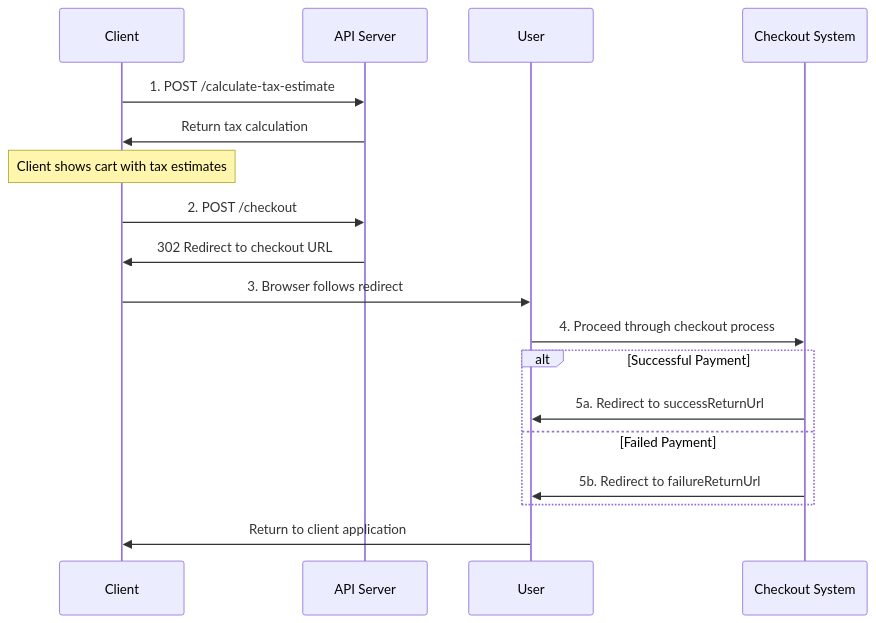
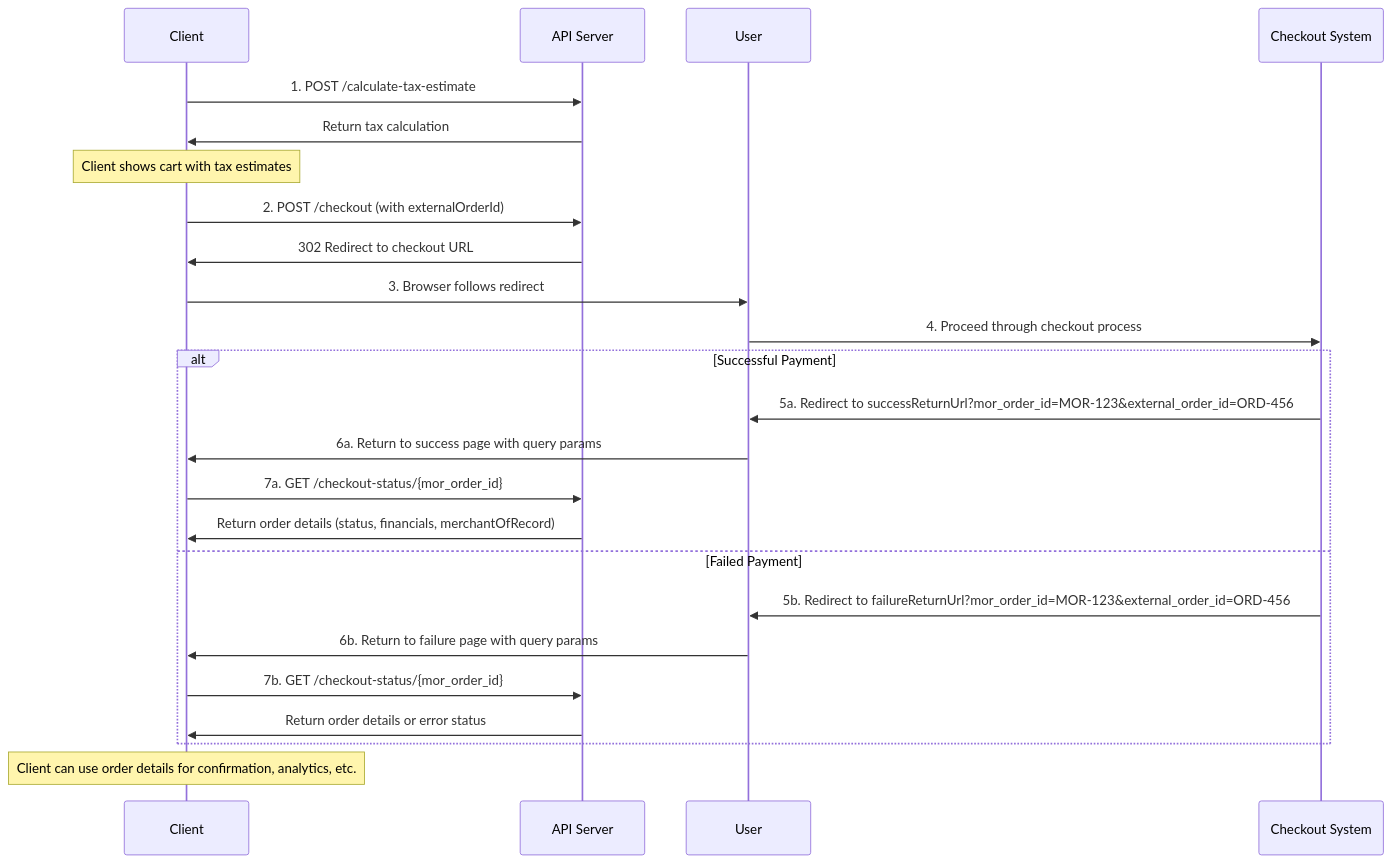
Before and after one commit to standard-parts-toolkit/mor_checkout_docs: the diagram in api-specification.md, drawn with Mermaid. The commit also changed other lines of this file, not shown here.

Commit message:
updating sequence diagram with latest updates

````diff
--- a/api-specification.md
+++ b/api-specification.md
@@ -37,25 +37,31 @@
 ```mermaid
 sequenceDiagram
     participant Client
     participant API as API Server
     participant User
     participant Checkout as Checkout System
     
     Client->>API: 1. POST /calculate-tax-estimate
     API->>Client: Return tax calculation
     Note over Client: Client shows cart with tax estimates
     
-    Client->>API: 2. POST /checkout
+    Client->>API: 2. POST /checkout (with externalOrderId)
     API->>Client: 302 Redirect to checkout URL
     
     Client->>User: 3. Browser follows redirect
     User->>Checkout: 4. Proceed through checkout process
     
     alt Successful Payment
-        Checkout->>User: 5a. Redirect to successReturnUrl
+        Checkout->>User: 5a. Redirect to successReturnUrl?mor_order_id=MOR-123&external_order_id=ORD-456
+        User->>Client: 6a. Return to success page with query params
+        Client->>API: 7a. GET /checkout-status/{mor_order_id}
+        API->>Client: Return order details (status, financials, merchantOfRecord)
     else Failed Payment
-        Checkout->>User: 5b. Redirect to failureReturnUrl
+        Checkout->>User: 5b. Redirect to failureReturnUrl?mor_order_id=MOR-123&external_order_id=ORD-456
+        User->>Client: 6b. Return to failure page with query params
+        Client->>API: 7b. GET /checkout-status/{mor_order_id}
+        API->>Client: Return order details or error status
     end
     
-    User->>Client: Return to client application
+    Note over Client: Client can use order details for confirmation, analytics, etc.
 ```
````
